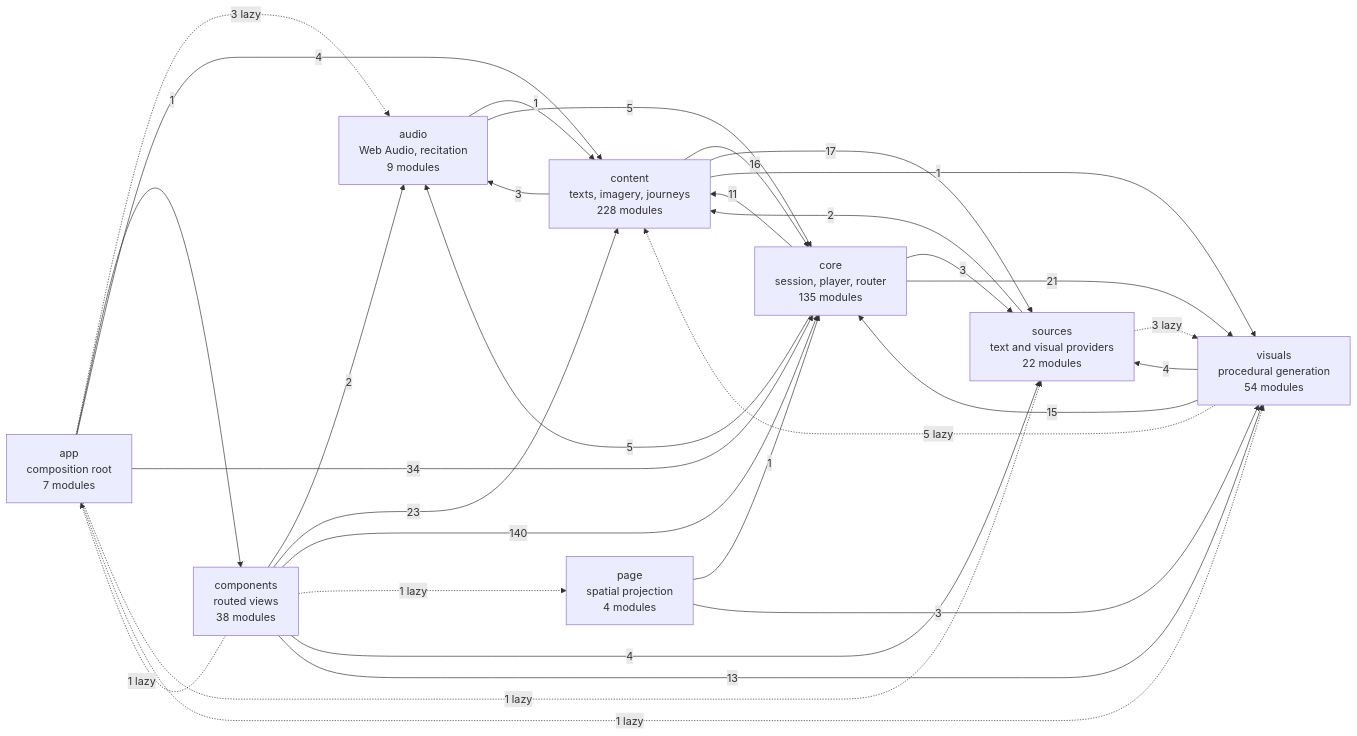
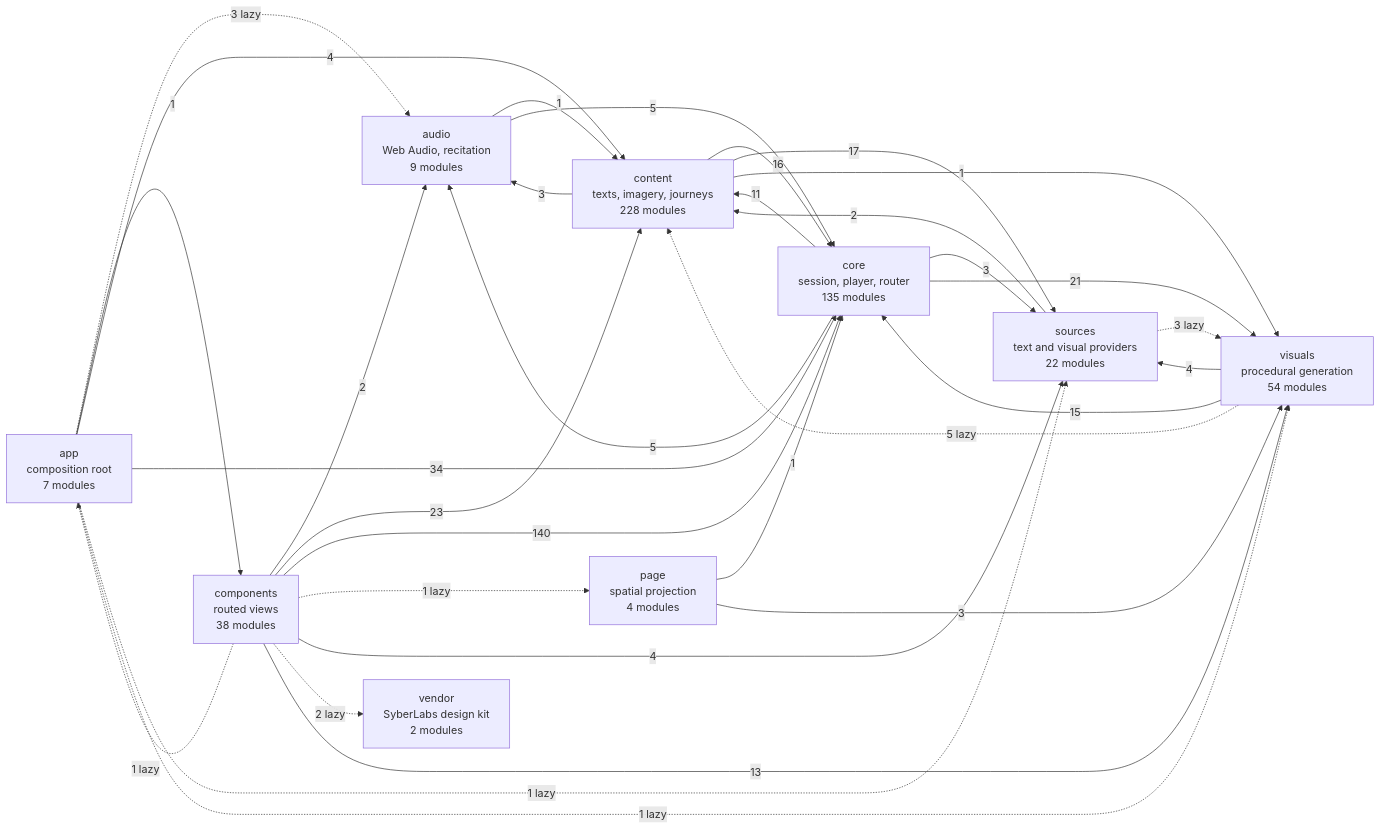
Before and after one commit to SyberLabs/RISE: the diagram in docs/specs/ARCHITECTURE.md, drawn with Mermaid. The commit also changed 1 other file, not shown here.

Commit message:
Regenerate the architecture diagram for the vendored kit
The diagram reads tracked files, so it has to be regenerated after the
kit and atlas.js are committed. The vendor subsystem gets a caption.

Claude-Session: https://claude.ai/code/session_014vkuqi5reSeZGWW7ywYhWq

````diff
--- a/docs/specs/ARCHITECTURE.md
+++ b/docs/specs/ARCHITECTURE.md
@@ -160,42 +160,44 @@
 ```mermaid
 flowchart LR
     app["app<br/>composition root<br/>7 modules"]
     audio["audio<br/>Web Audio, recitation<br/>9 modules"]
     components["components<br/>routed views<br/>38 modules"]
     content["content<br/>texts, imagery, journeys<br/>228 modules"]
     core["core<br/>session, player, router<br/>135 modules"]
     page["page<br/>spatial projection<br/>4 modules"]
     sources["sources<br/>text and visual providers<br/>22 modules"]
+    vendor["vendor<br/>SyberLabs design kit<br/>2 modules"]
     visuals["visuals<br/>procedural generation<br/>54 modules"]
 
     app -.-> |3 lazy| audio
     app --> |1| components
     app --> |4| content
     app --> |34| core
     app -.-> |1 lazy| sources
     app -.-> |1 lazy| visuals
     audio --> |1| content
     audio --> |5| core
     components -.-> |1 lazy| app
     components --> |2| audio
     components --> |23| content
     components --> |140| core
     components -.-> |1 lazy| page
     components --> |4| sources
+    components -.-> |2 lazy| vendor
     components --> |13| visuals
     content --> |3| audio
     content --> |16| core
     content --> |17| sources
     content --> |1| visuals
     core --> |5| audio
     core --> |11| content
     core --> |3| sources
     core --> |21| visuals
     page --> |1| core
     page --> |3| visuals
     sources --> |2| content
     sources -.-> |3 lazy| visuals
     visuals -.-> |5 lazy| content
     visuals --> |15| core
     visuals --> |4| sources
 ```
````
